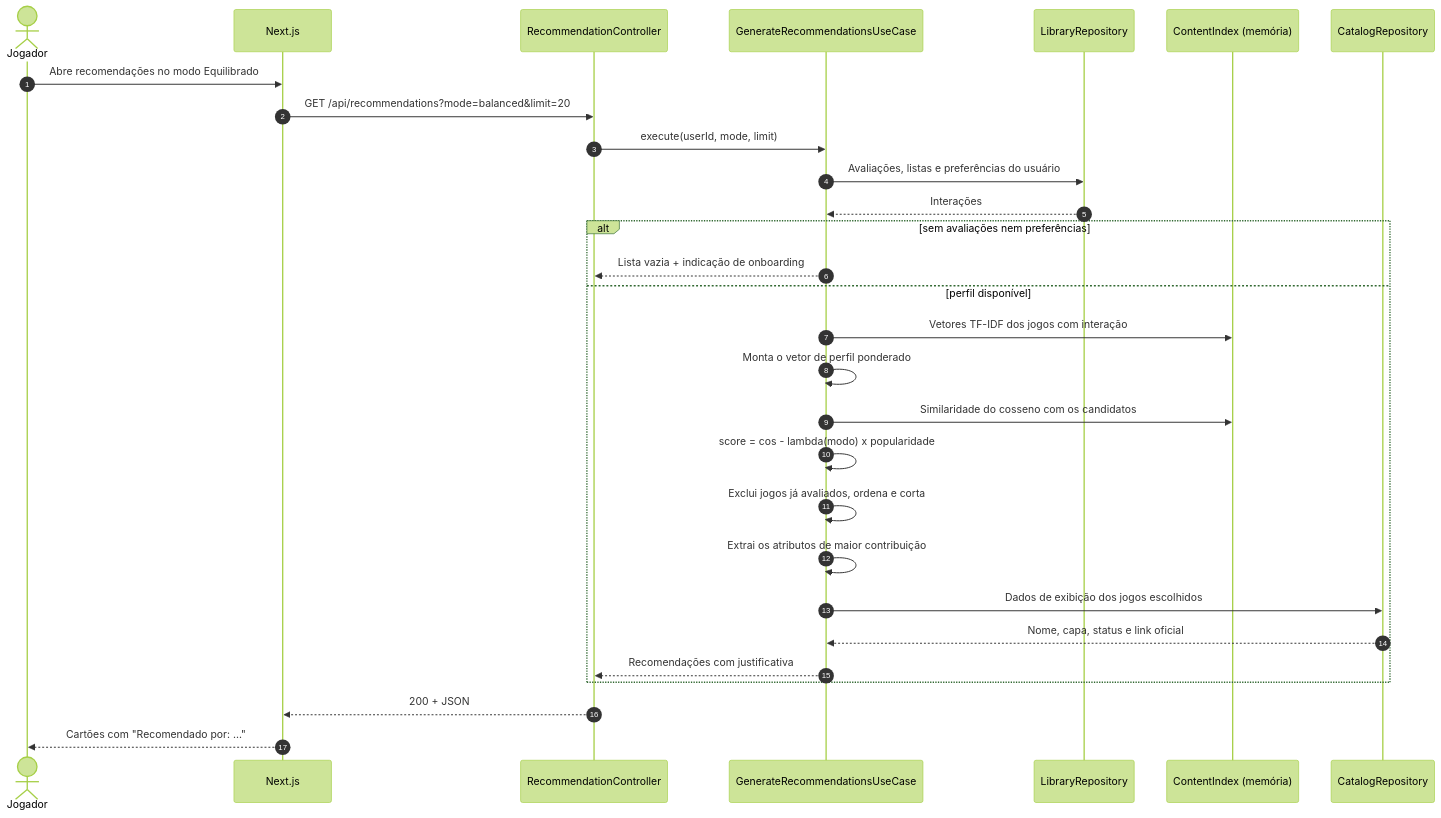
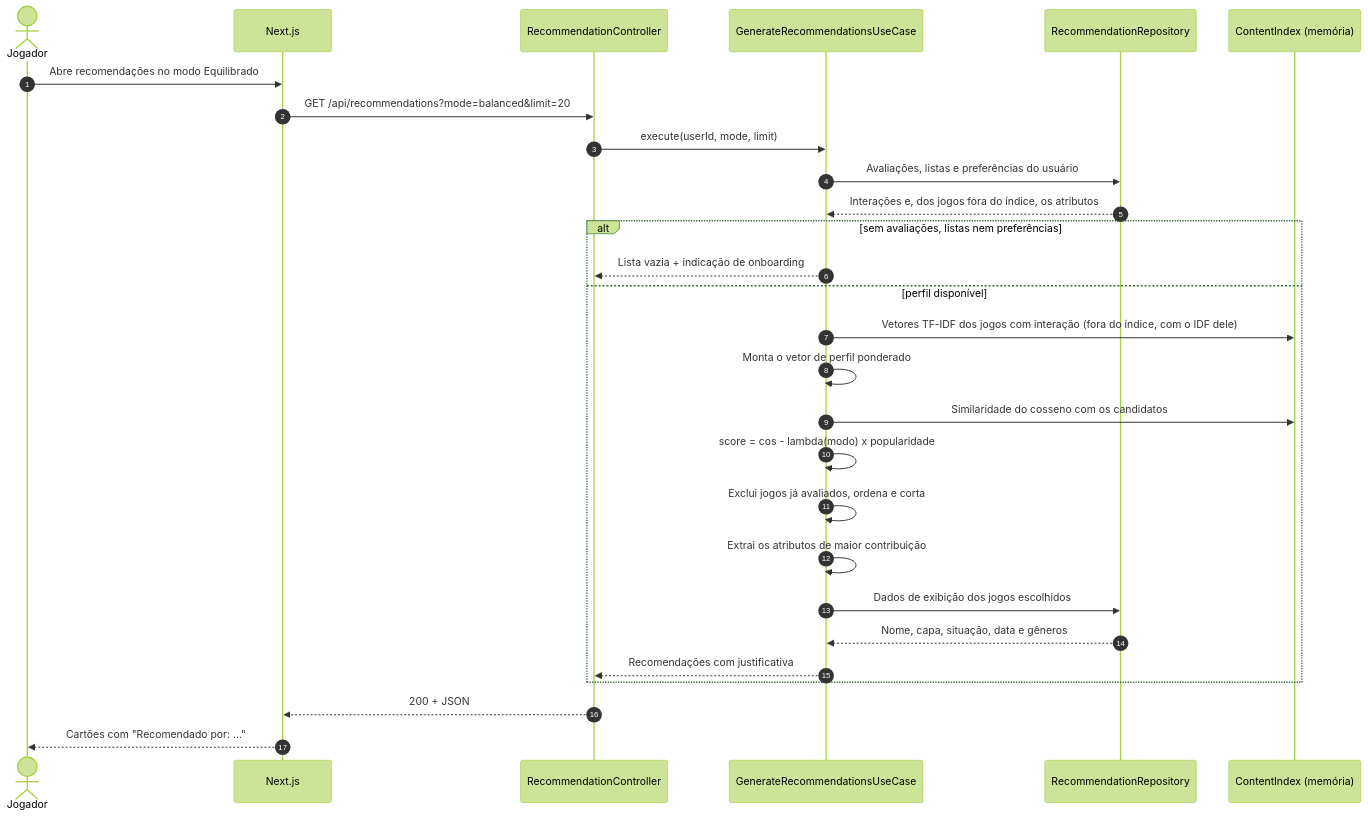
Before and after one commit to vicgopfert/indie-discovery: the fifth of 6 diagrams in docs/proposta-tecnica.md, drawn with Mermaid (forest theme). The commit also changed other lines of this file and 3 other files, not shown here.

````diff
--- a/docs/proposta-tecnica.md
+++ b/docs/proposta-tecnica.md
@@ -800,31 +800,30 @@
 ```mermaid
 sequenceDiagram
     autonumber
     actor J as Jogador
     participant W as Next.js
     participant C as RecommendationController
     participant U as GenerateRecommendationsUseCase
-    participant L as LibraryRepository
+    participant L as RecommendationRepository
     participant I as ContentIndex (memória)
-    participant G as CatalogRepository
     J->>W: Abre recomendações no modo Equilibrado
     W->>C: GET /api/recommendations?mode=balanced&limit=20
     C->>U: execute(userId, mode, limit)
     U->>L: Avaliações, listas e preferências do usuário
-    L-->>U: Interações
-    alt sem avaliações nem preferências
+    L-->>U: Interações e, dos jogos fora do índice, os atributos
+    alt sem avaliações, listas nem preferências
         U-->>C: Lista vazia + indicação de onboarding
     else perfil disponível
-        U->>I: Vetores TF-IDF dos jogos com interação
+        U->>I: Vetores TF-IDF dos jogos com interação (fora do índice, com o IDF dele)
         U->>U: Monta o vetor de perfil ponderado
         U->>I: Similaridade do cosseno com os candidatos
         U->>U: score = cos - lambda(modo) x popularidade
         U->>U: Exclui jogos já avaliados, ordena e corta
         U->>U: Extrai os atributos de maior contribuição
-        U->>G: Dados de exibição dos jogos escolhidos
-        G-->>U: Nome, capa, status e link oficial
+        U->>L: Dados de exibição dos jogos escolhidos
+        L-->>U: Nome, capa, situação, data e gêneros
         U-->>C: Recomendações com justificativa
     end
     C-->>W: 200 + JSON
     W-->>J: Cartões com "Recomendado por: ..."
 ```
````
